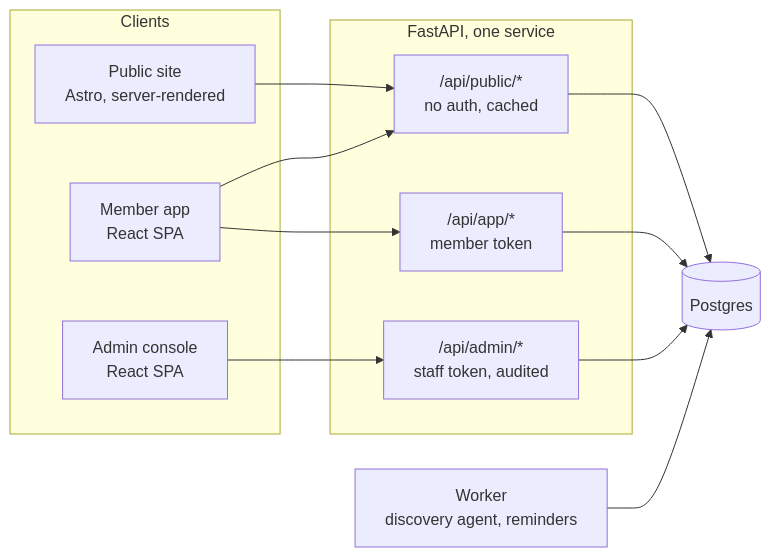
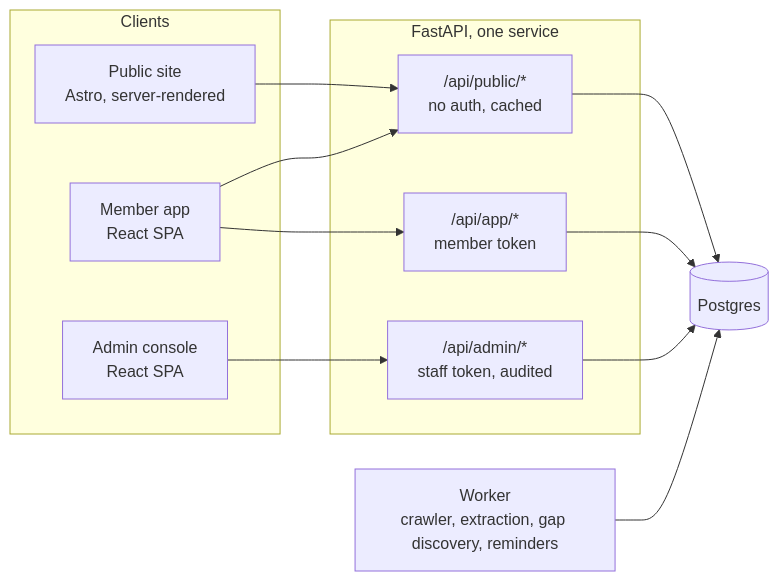
Before and after one commit to esmond-adjei/blesser: the diagram in docs/architecture.md, drawn with Mermaid. The commit also changed other lines of this file and 44 other files, not shown here.

````diff
--- a/docs/architecture.md
+++ b/docs/architecture.md
@@ -13,19 +13,19 @@
 ```mermaid
 flowchart LR
   subgraph Clients
     S[Public site<br/>Astro, server-rendered]
     W[Member app<br/>React SPA]
     A[Admin console<br/>React SPA]
   end
   subgraph API[FastAPI, one service]
     P["/api/public/*<br/>no auth, cached"]
     M["/api/app/*<br/>member token"]
     D["/api/admin/*<br/>staff token, audited"]
   end
   S --> P
   W --> P
   W --> M
   A --> D
   P & M & D --> DB[(Postgres)]
-  K[Worker<br/>discovery agent, reminders] --> DB
+  K[Worker<br/>crawler, extraction, gap discovery, reminders] --> DB
 ```
````
